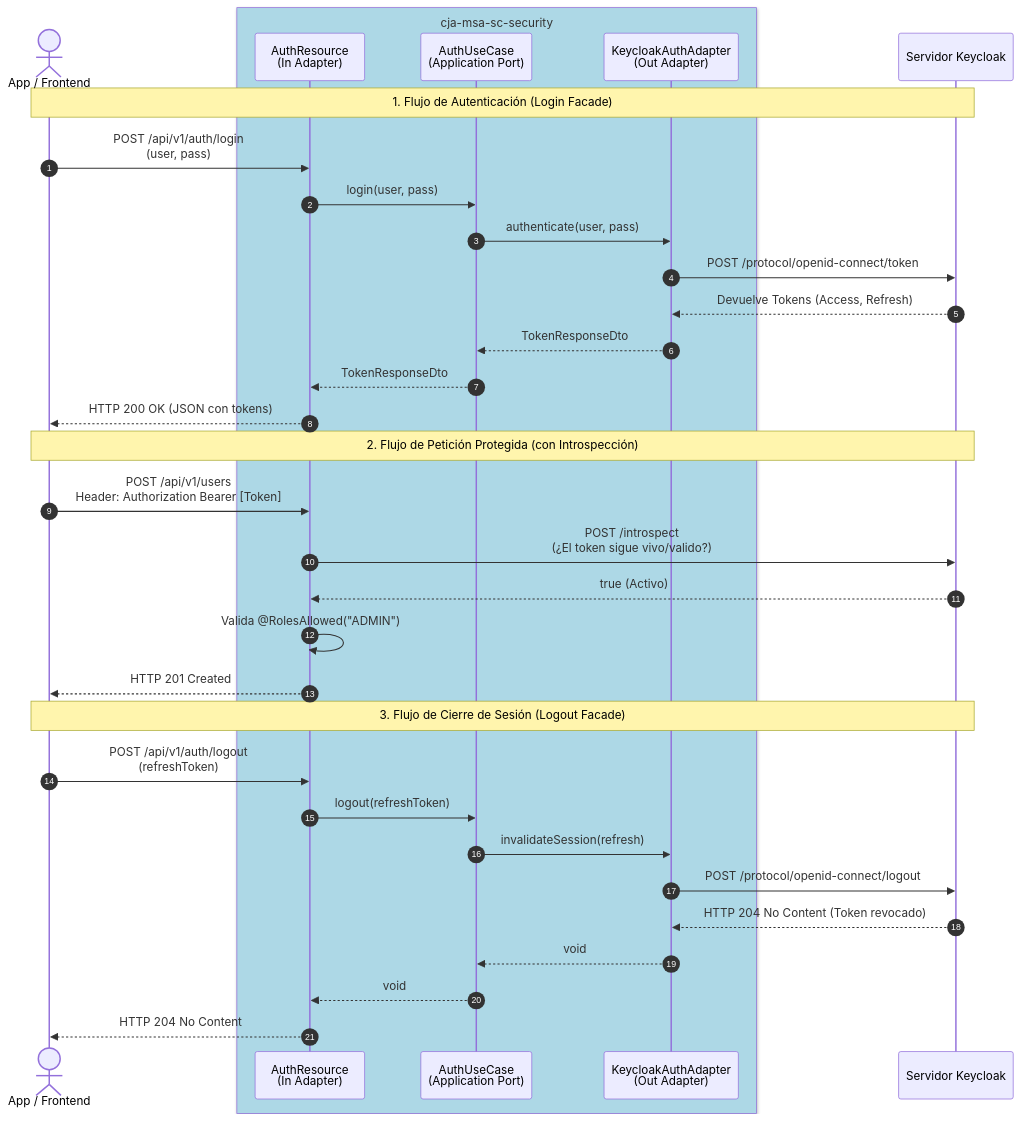
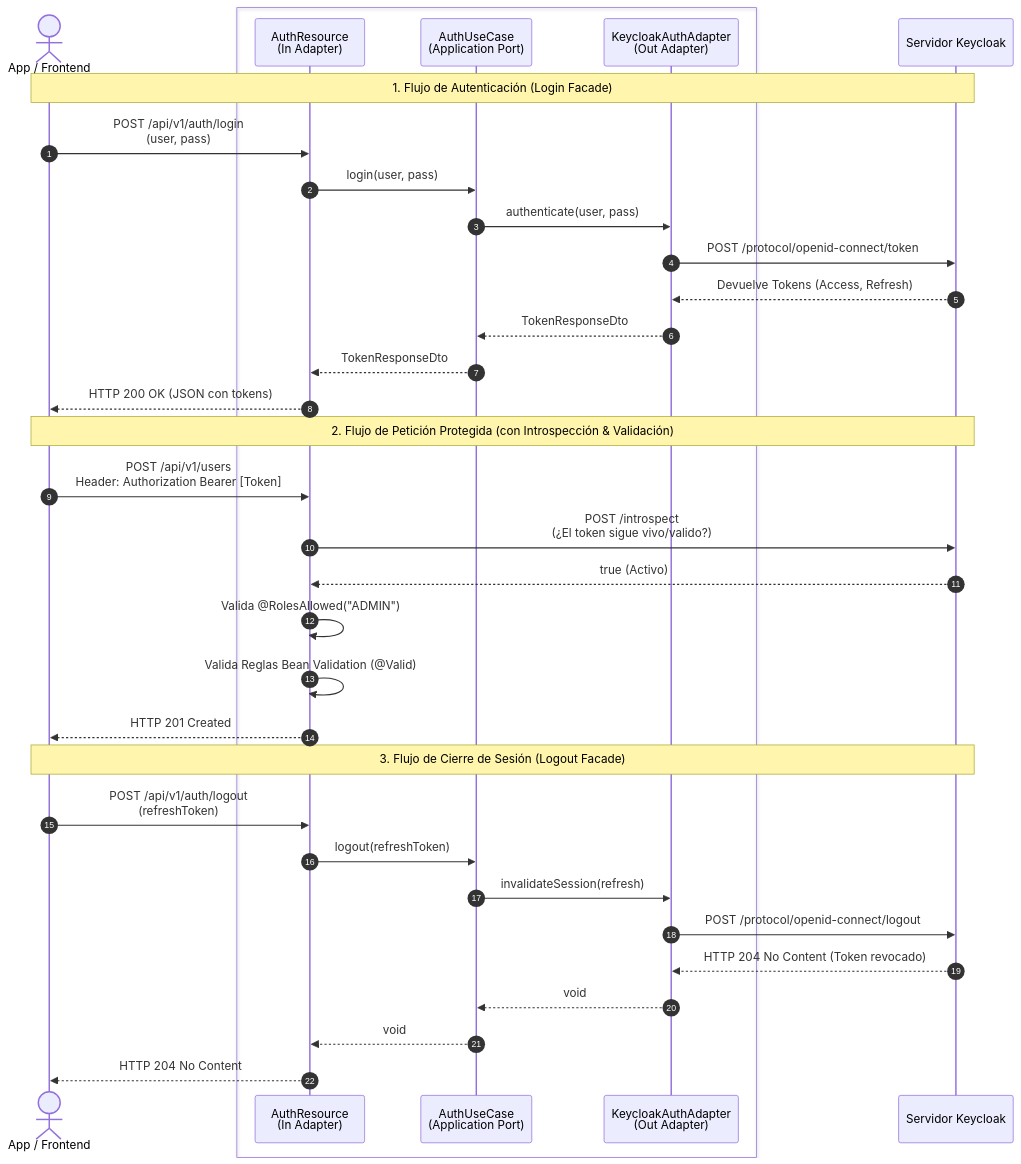
One commit to teamdroid-trainer/docs-docusaurus-trainer changed the diagram in docs/backend-java-quarkus/02-seguridad/validacion-openapi-seguridad.md. Above: the diagram before and after it, drawn with Mermaid. The commit also changed other lines of this file and 35 other files, not shown here.

````diff
--- a/docs/backend-java-quarkus/02-seguridad/validacion-openapi-seguridad.md
+++ b/docs/backend-java-quarkus/02-seguridad/validacion-openapi-seguridad.md
@@ -199,38 +18,39 @@
 ```mermaid
 sequenceDiagram
     autonumber
     actor Cliente as App / Frontend
-    box lightblue cja-msa-sc-security
+    box #f8f9fa cja-msa-sc-security
         participant Resource as AuthResource<br/>(In Adapter)
         participant UseCase as AuthUseCase<br/>(Application Port)
         participant Adapter as KeycloakAuthAdapter<br/>(Out Adapter)
     end
     participant Keycloak as Servidor Keycloak
 
     Note over Cliente, Keycloak: 1. Flujo de Autenticación (Login Facade)
     Cliente->>Resource: POST /api/v1/auth/login<br/>(user, pass)
     Resource->>UseCase: login(user, pass)
     UseCase->>Adapter: authenticate(user, pass)
     Adapter->>Keycloak: POST /protocol/openid-connect/token
     Keycloak-->>Adapter: Devuelve Tokens (Access, Refresh)
     Adapter-->>UseCase: TokenResponseDto
     UseCase-->>Resource: TokenResponseDto
     Resource-->>Cliente: HTTP 200 OK (JSON con tokens)
 
-    Note over Cliente, Keycloak: 2. Flujo de Petición Protegida (con Introspección)
+    Note over Cliente, Keycloak: 2. Flujo de Petición Protegida (con Introspección & Validación)
     Cliente->>Resource: POST /api/v1/users<br/>Header: Authorization Bearer [Token]
     Resource->>Keycloak: POST /introspect<br/>(¿El token sigue vivo/valido?)
     Keycloak-->>Resource: true (Activo)
     Resource->>Resource: Valida @RolesAllowed("ADMIN")
+    Resource->>Resource: Valida Reglas Bean Validation (@Valid)
     Resource-->>Cliente: HTTP 201 Created
 
     Note over Cliente, Keycloak: 3. Flujo de Cierre de Sesión (Logout Facade)
     Cliente->>Resource: POST /api/v1/auth/logout<br/>(refreshToken)
     Resource->>UseCase: logout(refreshToken)
     UseCase->>Adapter: invalidateSession(refresh)
     Adapter->>Keycloak: POST /protocol/openid-connect/logout
     Keycloak-->>Adapter: HTTP 204 No Content (Token revocado)
     Adapter-->>UseCase: void
     UseCase-->>Resource: void
     Resource-->>Cliente: HTTP 204 No Content
 ```
````
